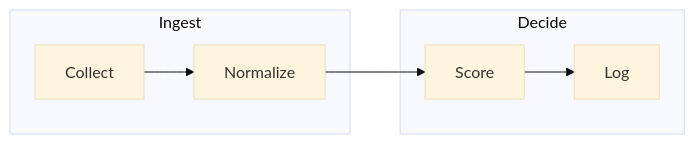
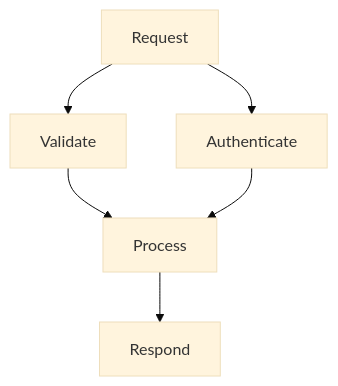
The sixth of 7 diagrams in examples/diagram-narration.md (Laticent/lattice), drawn with Mermaid (base theme) before and after one commit. The commit also changed other lines of this file and 10 other files, not shown here.

````diff
--- a/examples/diagram-narration.md
+++ b/examples/diagram-narration.md
@@ -85,10 +120,8 @@
 ```mermaid
-flowchart LR
-  subgraph Ingest
-    A["Collect"] --> B["Normalize"]
-  end
-  subgraph Decide
-    C["Score"] --> D["Log"]
-  end
-  B --> C
+flowchart TD
+  Req["Request"] --> V["Validate"]
+  Req --> A["Authenticate"]
+  V --> P["Process"]
+  A --> P
+  P --> Res["Respond"]
 ```
````
